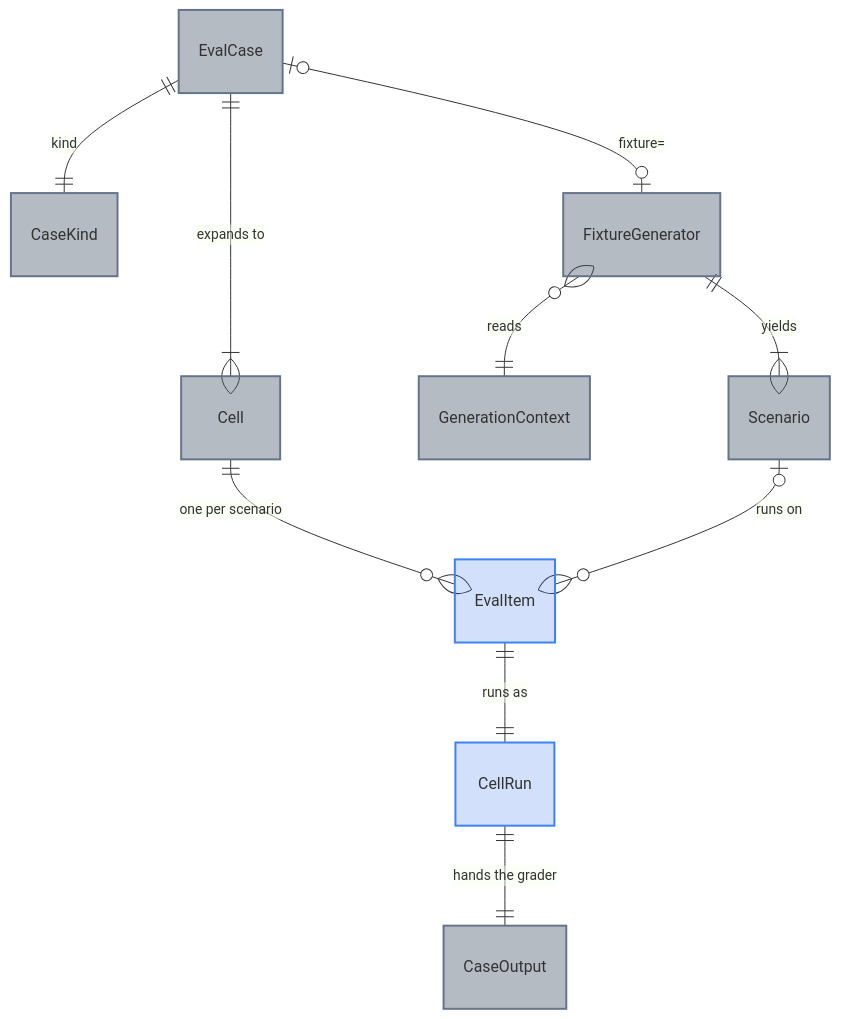
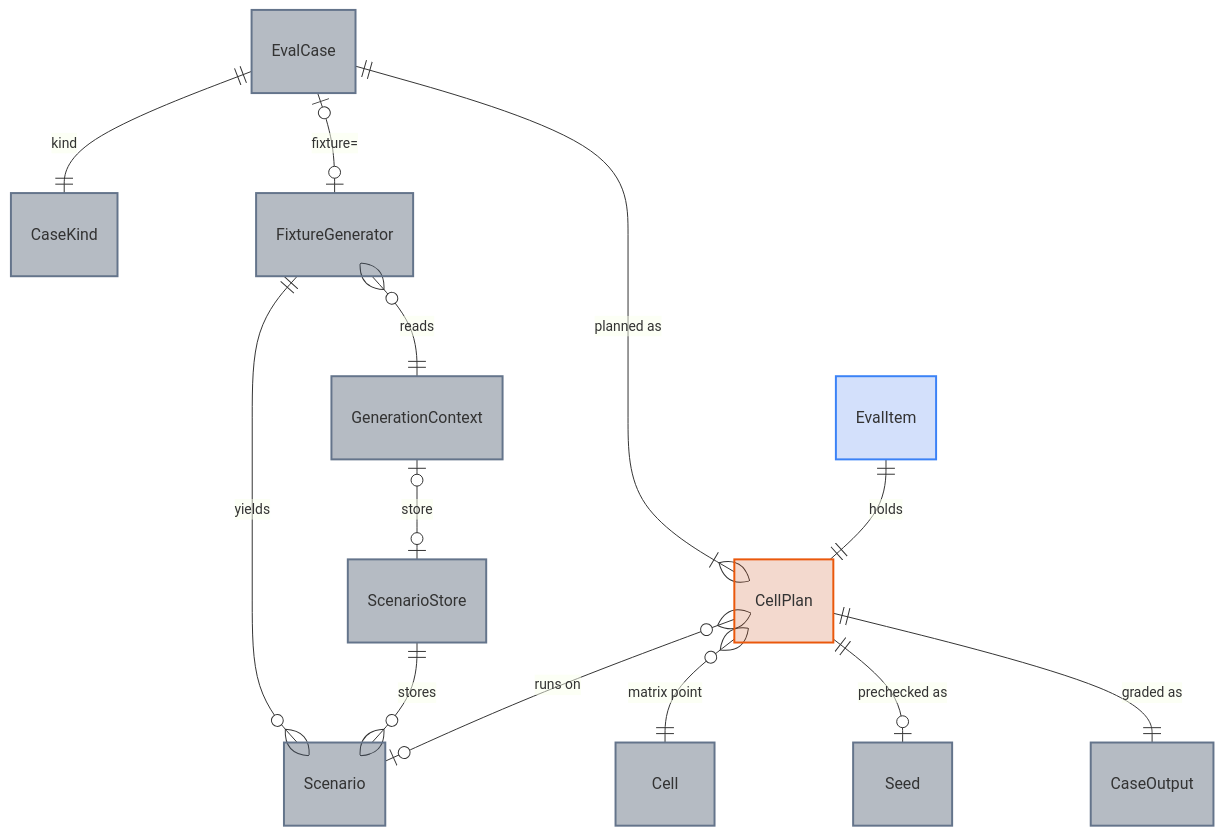
Before and after one commit to neozenith/pytest-xharness-eval: diagram 14 of 39 in ARCHITECTURE.md, drawn with Mermaid. The commit also changed other lines of this file and 1 other file, not shown here.

First line of the commit message:
docs: ARCHITECTURE.md refreshed for the wired Analyzer, CellPlan and ADR 0076 names

````diff
--- a/ARCHITECTURE.md
+++ b/ARCHITECTURE.md
@@ -721,17 +736,22 @@
 ```mermaid
 erDiagram
     EvalCase ||--|| CaseKind : "kind"
     EvalCase |o--o| FixtureGenerator : "fixture="
-    FixtureGenerator ||--|{ Scenario : "yields"
+    FixtureGenerator ||--o{ Scenario : "yields"
     FixtureGenerator }o--|| GenerationContext : "reads"
-    EvalCase ||--|{ Cell : "expands to"
-    Cell ||--o{ EvalItem : "one per scenario"
-    Scenario |o--o{ EvalItem : "runs on"
-    EvalItem ||--|| CellRun : "runs as"
-    CellRun ||--|| CaseOutput : "hands the grader"
+    GenerationContext |o--o| ScenarioStore : "store"
+    ScenarioStore ||--o{ Scenario : "stores"
+    EvalCase ||--|{ CellPlan : "planned as"
+    CellPlan }o--|| Cell : "matrix point"
+    CellPlan }o--o| Scenario : "runs on"
+    EvalItem ||--|| CellPlan : "holds"
+    CellPlan ||--o| Seed : "prechecked as"
+    CellPlan ||--|| CaseOutput : "graded as"
 
     classDef domain fill:#47556966,stroke:#64748b,stroke-width:2px
     classDef entry fill:#2563eb33,stroke:#3b82f6,stroke-width:2px
-    class EvalCase,CaseKind,FixtureGenerator,Scenario,GenerationContext,Cell,CaseOutput domain
-    class EvalItem,CellRun entry
+    classDef runtime fill:#c2410c33,stroke:#ea580c,stroke-width:2px
+    class EvalCase,CaseKind,FixtureGenerator,Scenario,GenerationContext,ScenarioStore,Cell,Seed,CaseOutput domain
+    class EvalItem entry
+    class CellPlan runtime
 ```
````
